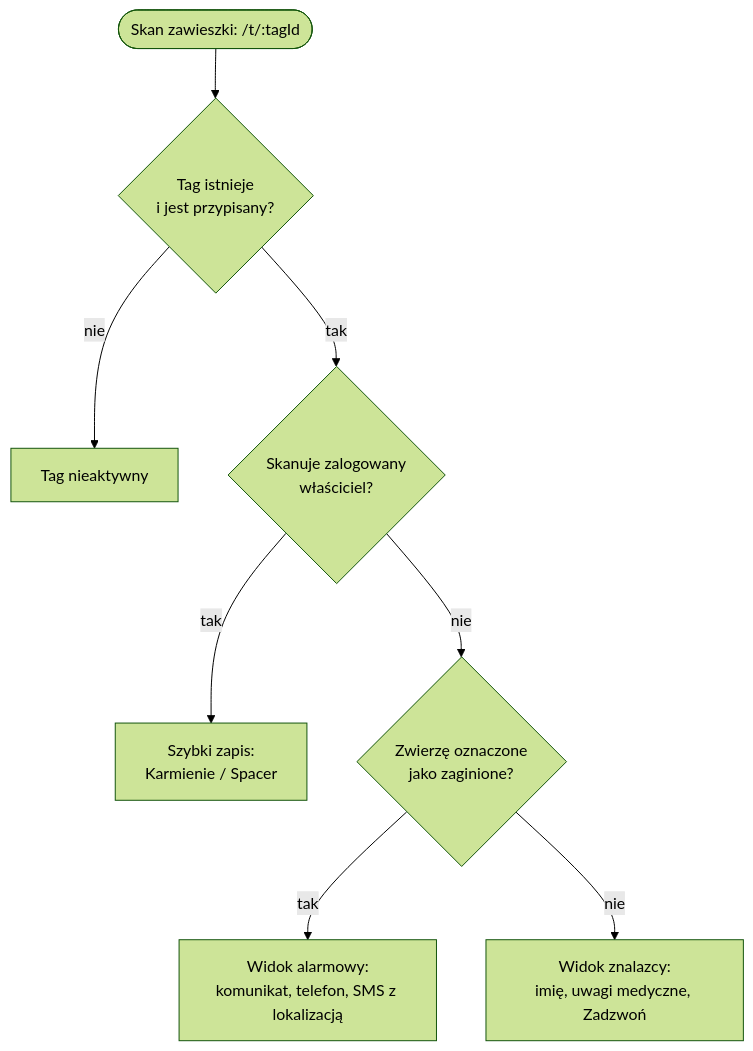
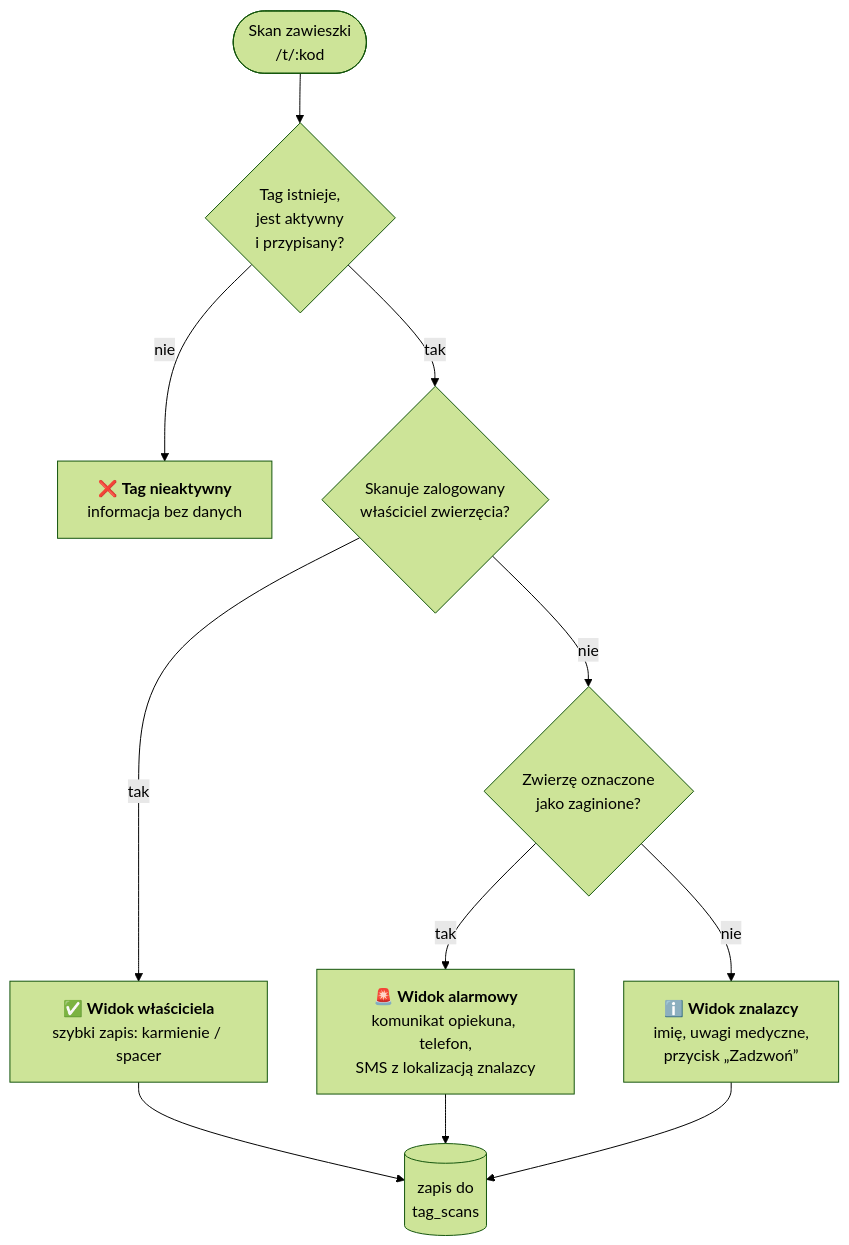
One commit to FullC0ntrol/PeTracker-FinalVersion changed the second of 10 diagrams in README.md. Above: the diagram before and after it, drawn with Mermaid (forest theme). The commit also changed other lines of this file and 8 other files, not shown here.

````diff
--- a/README.md
+++ b/README.md
@@ -38,10 +104,11 @@
 ```mermaid
 flowchart TD
-  S([Skan zawieszki: /t/:tagId]) --> A{Tag istnieje<br/>i jest przypisany?}
-  A -- nie --> V1[Tag nieaktywny]
-  A -- tak --> B{Skanuje zalogowany<br/>właściciel?}
-  B -- tak --> V2[Szybki zapis:<br/>Karmienie / Spacer]
-  B -- nie --> C{Zwierzę oznaczone<br/>jako zaginione?}
-  C -- tak --> V3[Widok alarmowy:<br/>komunikat, telefon, SMS z lokalizacją]
-  C -- nie --> V4[Widok znalazcy:<br/>imię, uwagi medyczne, Zadzwoń]
+    S(["Skan zawieszki<br/>/t/:kod"]) --> A{"Tag istnieje,<br/>jest aktywny<br/>i przypisany?"}
+    A -- nie --> V1["❌ <b>Tag nieaktywny</b><br/>informacja bez danych"]
+    A -- tak --> B{"Skanuje zalogowany<br/>właściciel zwierzęcia?"}
+    B -- tak --> V2["✅ <b>Widok właściciela</b><br/>szybki zapis: karmienie / spacer"]
+    B -- nie --> C{"Zwierzę oznaczone<br/>jako zaginione?"}
+    C -- tak --> V3["🚨 <b>Widok alarmowy</b><br/>komunikat opiekuna, telefon,<br/>SMS z lokalizacją znalazcy"]
+    C -- nie --> V4["ℹ️ <b>Widok znalazcy</b><br/>imię, uwagi medyczne,<br/>przycisk „Zadzwoń”"]
+    V2 & V3 & V4 --> L[("zapis do<br/>tag_scans")]
 ```
````
